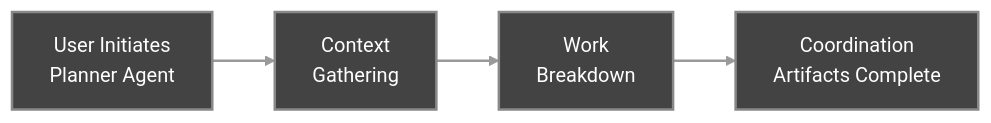
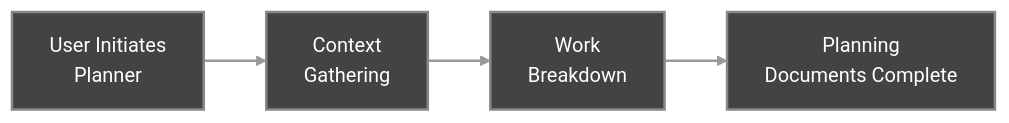
The first of 3 diagrams in docs/Workflow_Overview.md (sdi2200262/agentic-project-management), drawn with Mermaid before and after one commit. The commit also changed other lines of this file and 4 other files, not shown here.

````diff
--- a/docs/Workflow_Overview.md
+++ b/docs/Workflow_Overview.md
@@ -18,9 +18,9 @@
 ```mermaid
 graph LR
-    A[User Initiates<br/>Planner Agent] --> B[Context<br/>Gathering]
+    A[User Initiates<br/>Planner] --> B[Context<br/>Gathering]
     B --> C[Work<br/>Breakdown]
-    C --> D[Coordination<br/>Artifacts Complete]
+    C --> D[Planning<br/>Documents Complete]
 
     classDef default fill:#434343,stroke:#888888,stroke-width:2px,color:#ffffff
     linkStyle default stroke:#9A9A9A,stroke-width:2px
 ```
````
